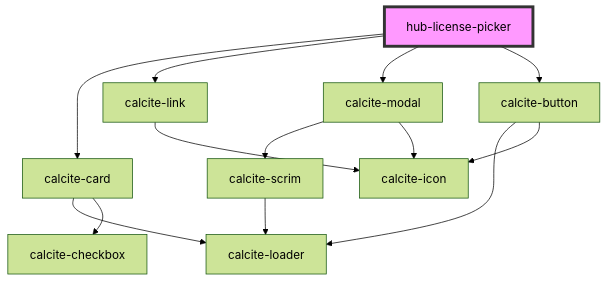
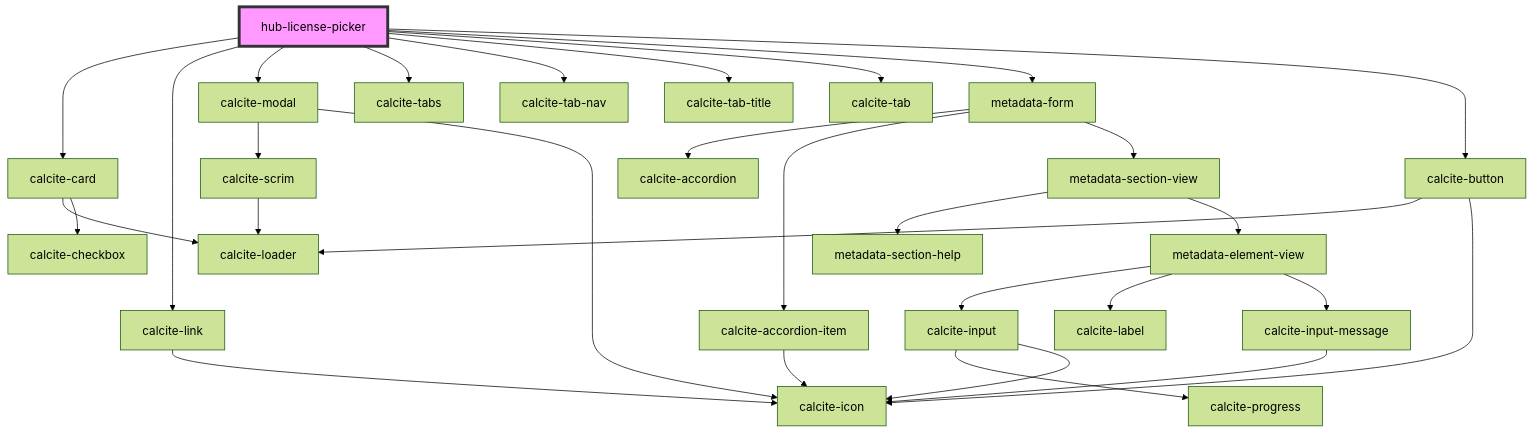
One commit to esridc/hub-components-experiments changed the diagram in src/components/blocks/hub-license-picker/readme.md. Above: the diagram before and after it, drawn with Mermaid (forest theme). The commit also changed other lines of this file and 3 other files, not shown here.

````diff
--- a/src/components/blocks/hub-license-picker/readme.md
+++ b/src/components/blocks/hub-license-picker/readme.md
@@ -25,16 +30,33 @@
 ```mermaid
 graph TD;
   hub-license-picker --> calcite-card
   hub-license-picker --> calcite-link
   hub-license-picker --> calcite-modal
+  hub-license-picker --> calcite-tabs
+  hub-license-picker --> calcite-tab-nav
+  hub-license-picker --> calcite-tab-title
+  hub-license-picker --> calcite-tab
+  hub-license-picker --> metadata-form
   hub-license-picker --> calcite-button
   calcite-card --> calcite-loader
   calcite-card --> calcite-checkbox
   calcite-link --> calcite-icon
   calcite-modal --> calcite-scrim
   calcite-modal --> calcite-icon
   calcite-scrim --> calcite-loader
+  metadata-form --> calcite-accordion
+  metadata-form --> calcite-accordion-item
+  metadata-form --> metadata-section-view
+  calcite-accordion-item --> calcite-icon
+  metadata-section-view --> metadata-section-help
+  metadata-section-view --> metadata-element-view
+  metadata-element-view --> calcite-input
+  metadata-element-view --> calcite-label
+  metadata-element-view --> calcite-input-message
+  calcite-input --> calcite-progress
+  calcite-input --> calcite-icon
+  calcite-input-message --> calcite-icon
   calcite-button --> calcite-loader
   calcite-button --> calcite-icon
   style hub-license-picker fill:#f9f,stroke:#333,stroke-width:4px
 ```
````
